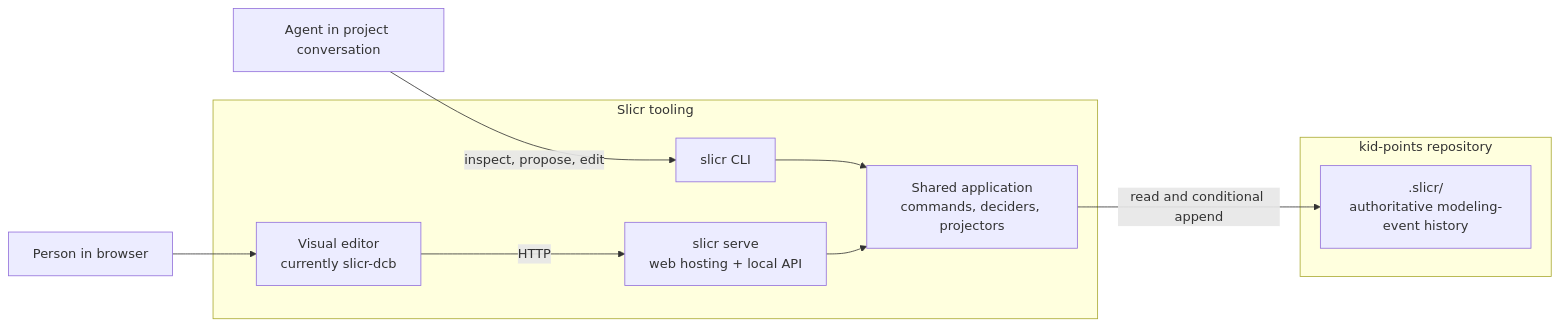
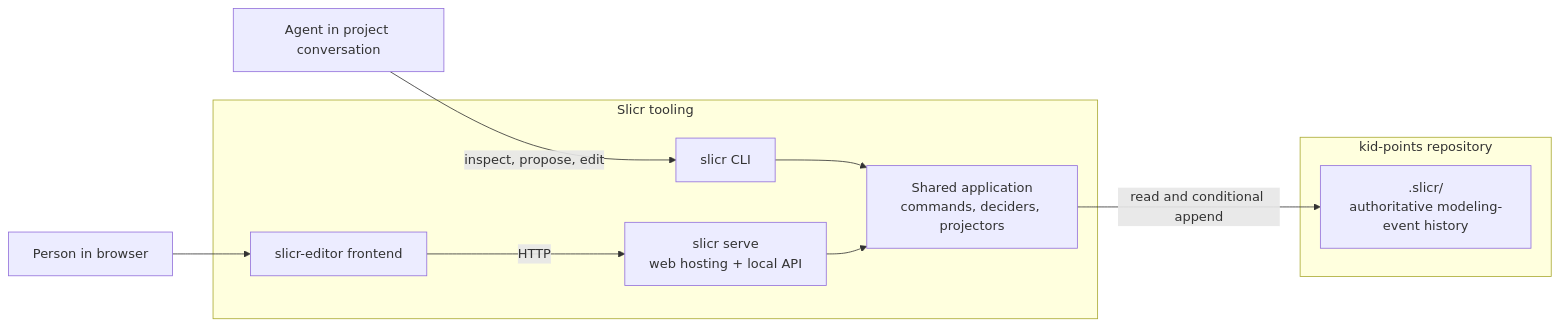
Before and after one commit to Suigi/slicr: the first of 4 diagrams in _tasks/012-project-owned-event-models/02-plan.md, drawn with Mermaid. The commit also changed other lines of this file, not shown here.

````diff
--- a/_tasks/012-project-owned-event-models/02-plan.md
+++ b/_tasks/012-project-owned-event-models/02-plan.md
@@ -13,23 +13,23 @@
 ```mermaid
 flowchart LR
     Person["Person in browser"]
     Agent["Agent in project conversation"]
 
     subgraph Project["kid-points repository"]
         Model[".slicr/<br/>authoritative modeling-event history"]
     end
 
     subgraph Tooling["Slicr tooling"]
         CLI["slicr CLI"]
         Serve["slicr serve<br/>web hosting + local API"]
-        Web["Visual editor<br/>currently slicr-dcb"]
+        Web["slicr-editor frontend"]
         App["Shared application<br/>commands, deciders, projectors"]
     end
 
     Agent -->|"inspect, propose, edit"| CLI
     Person --> Web
     Web -->|"HTTP"| Serve
     CLI --> App
     Serve --> App
     App -->|"read and conditional append"| Model
 ```
````
